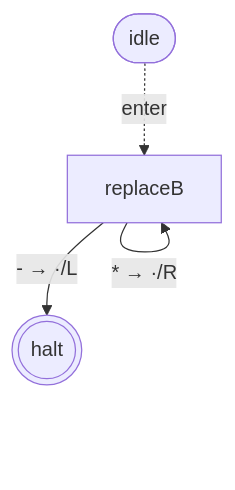
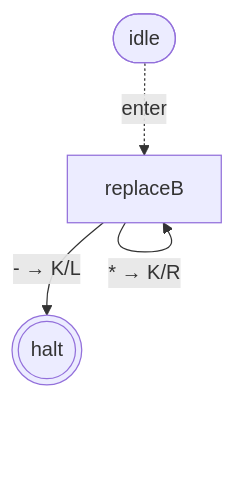
One commit to mellonis/turing-machine-js changed the second of 8 diagrams in packages/machine/README.md. Above: the diagram before and after it, drawn with Mermaid. The commit also changed other lines of this file and 7 other files, not shown here.

````diff
--- a/packages/machine/README.md
+++ b/packages/machine/README.md
@@ -89,11 +89,11 @@
 ```mermaid
 flowchart TD
 %% alphabets: [[" ","a","b","c","*"]]
   s0(((halt)))
   s1["replaceB"]
   idle([idle])
   idle -. enter .-> s1
-  s1 -- "b → */R" --> s1
-  s1 -- "- → ·/L" --> s0
-  s1 -- "* → ·/R" --> s1
+  s1 -- "'b' → '*'/R" --> s1
+  s1 -- "- → K/L" --> s0
+  s1 -- "* → K/R" --> s1
 ```
````
